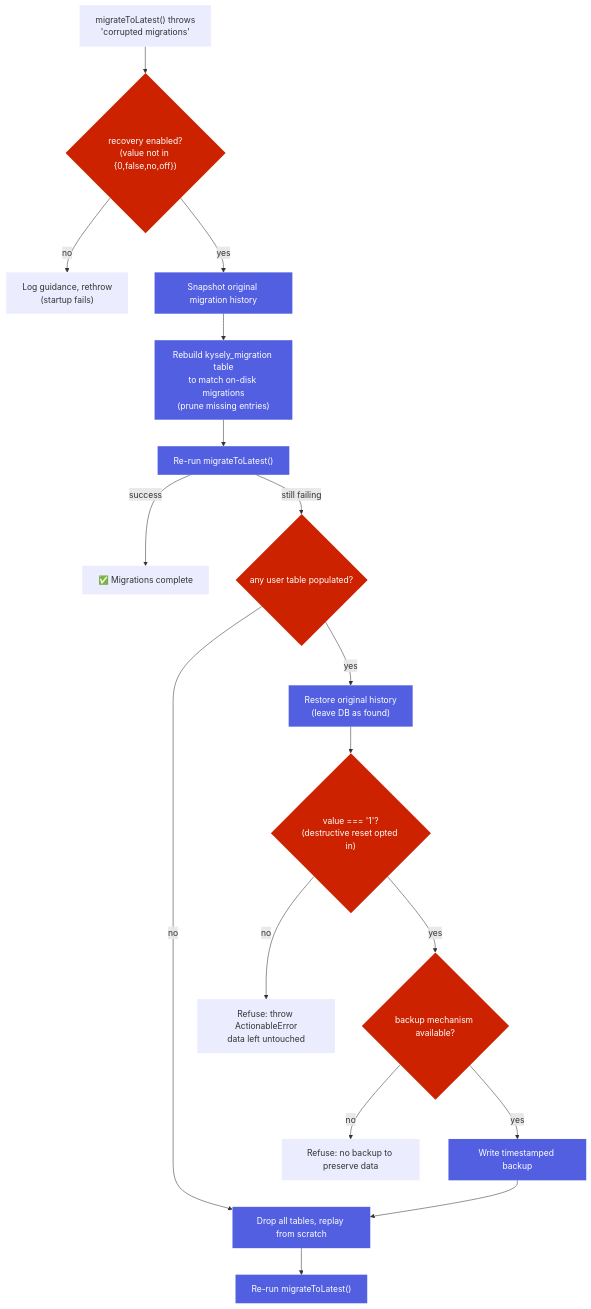
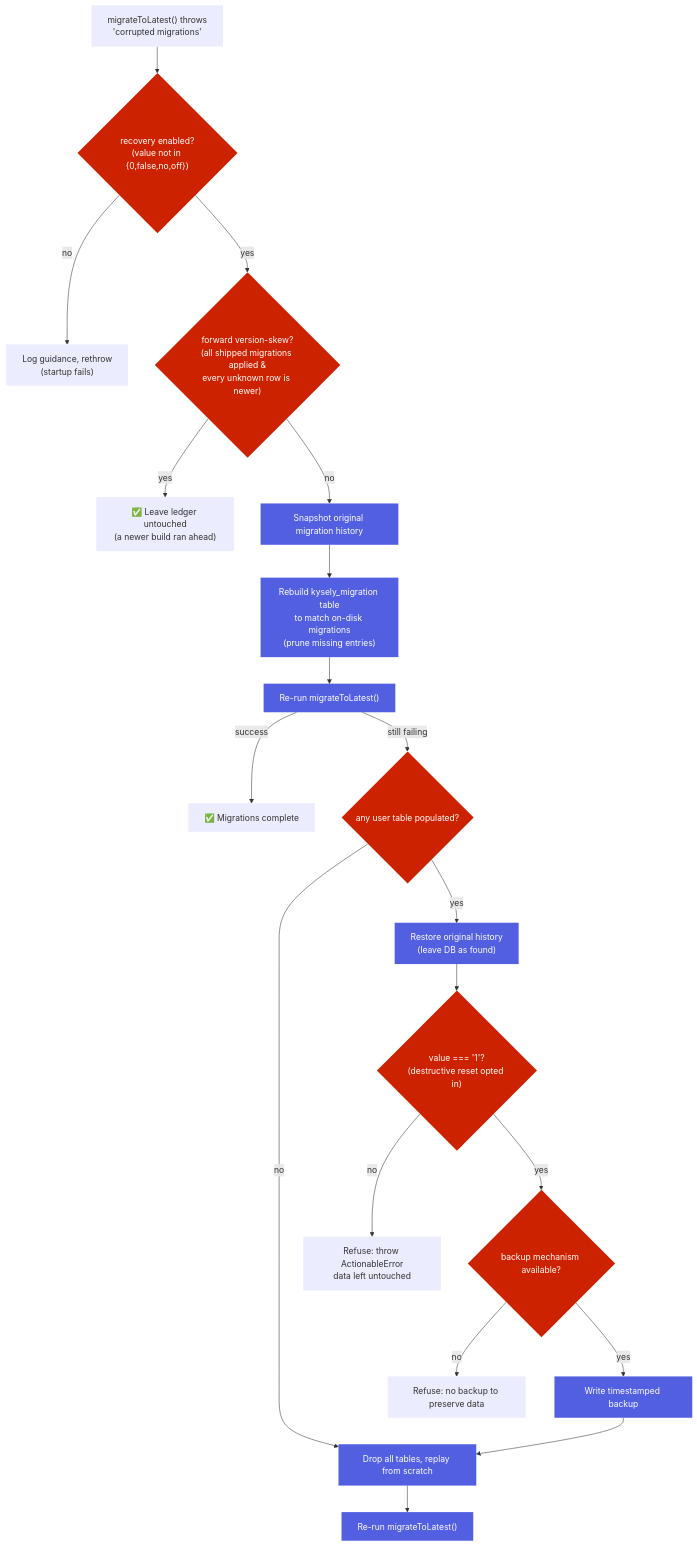
Before and after one commit to kaeawc/auto-mobile: the first of 2 diagrams in docs/design-docs/mcp/storage/migrations.md, drawn with Mermaid. The commit also changed other lines of this file and 2 other files, not shown here.

Commit message:
review: code-unit ordering, invariant docs, real-folder smoke test (#5684)
Addresses review findings on the forward-version-skew fix:
- isBenignForwardSkew condition (2) now compares with the default code-unit
  ordering that selects newestKnown (Kysely sorts the available set with
  Array#sort), instead of localeCompare, which could disagree on case/diacritics.
  Adds a discriminating unit test (uppercase sorts before lowercase in code-unit
  order). Not exploitable under the lowercase-ASCII naming convention, but removes
  the latent primitive mismatch the doc comment claimed did not exist.
- Documents the two conventions the no-op relies on (immutable migration bodies;
  globally monotonic append-only names) in the function doc.
- Restores real-migration-folder smoke coverage (the replaced test was the only
  no-provider runMigrations call in the file).
- Updates the migration recovery-flow design doc with the forward-skew branch.

````diff
--- a/docs/design-docs/mcp/storage/migrations.md
+++ b/docs/design-docs/mcp/storage/migrations.md
@@ -82,25 +82,27 @@
 ```mermaid
 flowchart TD
     A["migrateToLatest() throws<br/>'corrupted migrations'"] --> B{"recovery enabled?<br/>(value not in {0,false,no,off})"};
     B -->|"no"| Z["Log guidance, rethrow<br/>(startup fails)"];
-    B -->|"yes"| C["Snapshot original migration history"];
+    B -->|"yes"| SKEW{"forward version-skew?<br/>(all shipped migrations applied &<br/>every unknown row is newer)"};
+    SKEW -->|"yes"| NOOP["✅ Leave ledger untouched<br/>(a newer build ran ahead)"];
+    SKEW -->|"no"| C["Snapshot original migration history"];
     C --> D["Rebuild kysely_migration table<br/>to match on-disk migrations<br/>(prune missing entries)"];
     D --> E["Re-run migrateToLatest()"];
     E -->|"success"| OK["✅ Migrations complete"];
     E -->|"still failing"| F{"any user table populated?"};
     F -->|"no"| DROP["Drop all tables, replay from scratch"];
     F -->|"yes"| G["Restore original history<br/>(leave DB as found)"];
     G --> H{"value === '1'?<br/>(destructive reset opted in)"};
     H -->|"no"| REFUSE["Refuse: throw ActionableError<br/>data left untouched"];
     H -->|"yes"| BK{"backup mechanism available?"};
     BK -->|"no"| REFUSE2["Refuse: no backup to preserve data"];
     BK -->|"yes"| BACKUP["Write timestamped backup"];
     BACKUP --> DROP;
     DROP --> R["Re-run migrateToLatest()"];
     classDef decision fill:#CC2200,stroke-width:0px,color:white;
     classDef logic fill:#525FE1,stroke-width:0px,color:white;
     classDef result stroke-width:0px;
-    class A,Z,OK,REFUSE,REFUSE2 result;
-    class B,F,H,BK decision;
+    class A,Z,OK,NOOP,REFUSE,REFUSE2 result;
+    class B,SKEW,F,H,BK decision;
     class C,D,E,G,DROP,BACKUP,R logic;
 ```
````
